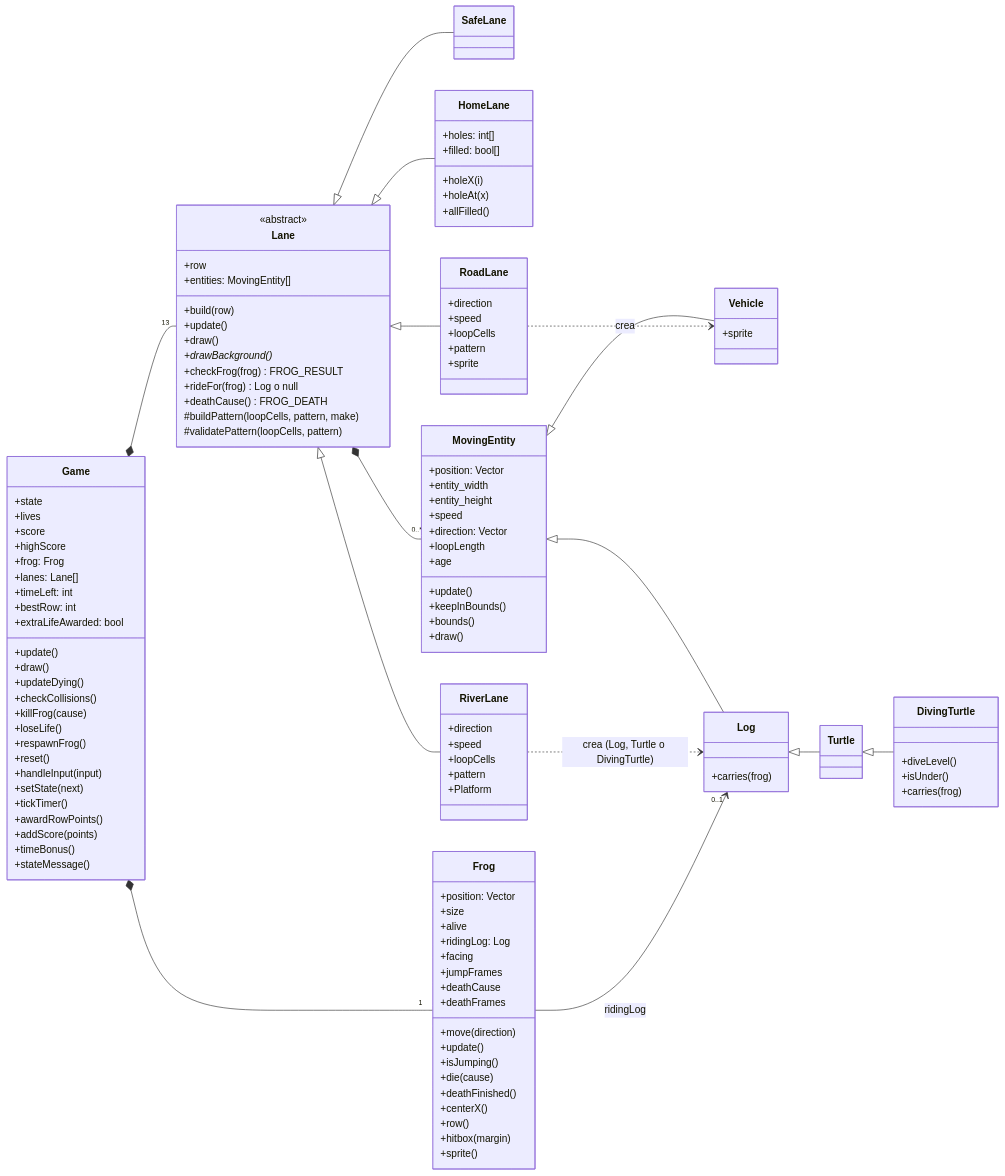
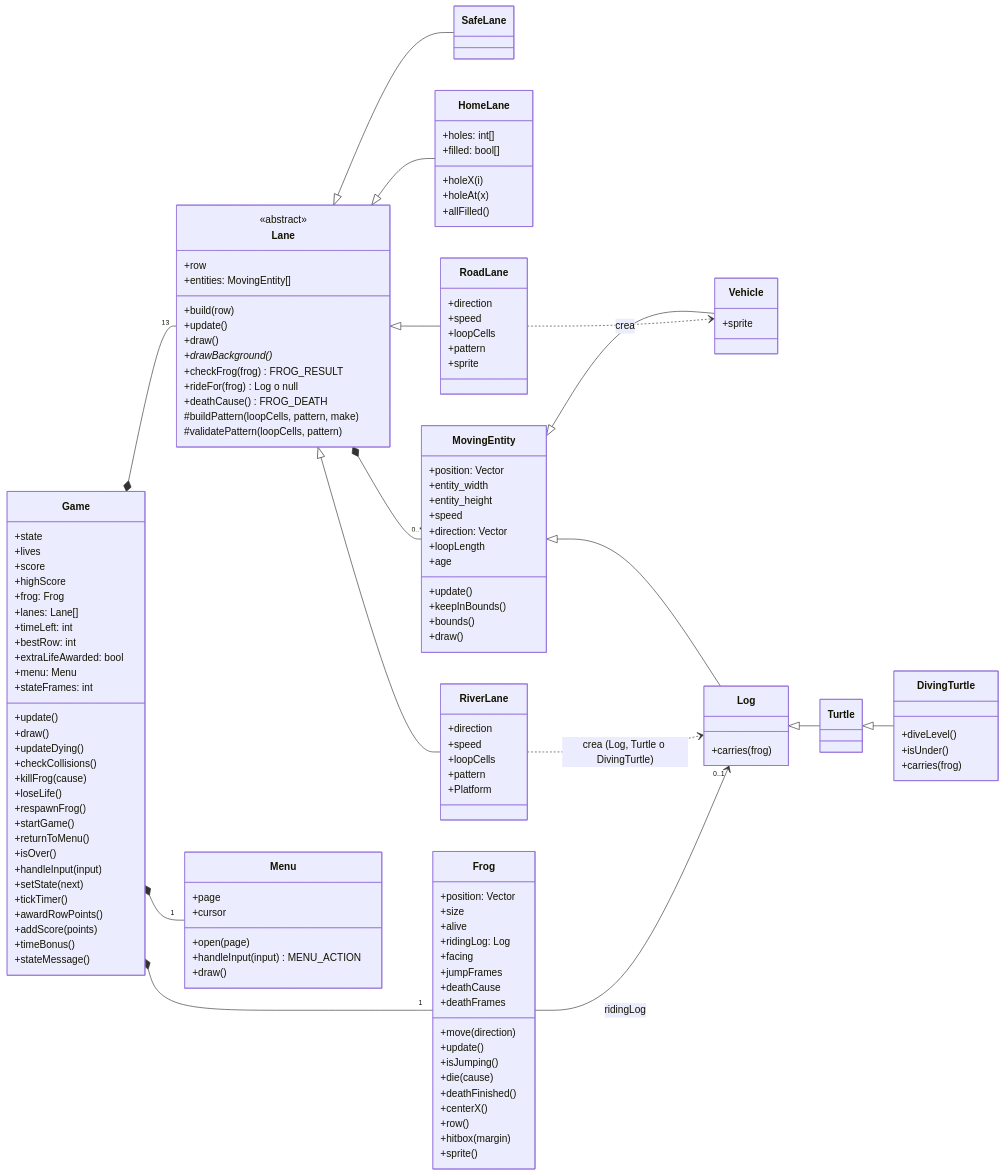
One commit to ShryhakAkizuki/Frogger-Visual_Computing_2026-II changed the first of 3 diagrams in docs/ARQUITECTURA.md. Above: the diagram before and after it, drawn with Mermaid. The commit also changed other lines of this file and 10 other files, not shown here.

```diff
--- a/docs/ARQUITECTURA.md
+++ b/docs/ARQUITECTURA.md
@@ -145,6 +148,8 @@
         +timeLeft: int
         +bestRow: int
         +extraLifeAwarded: bool
+        +menu: Menu
+        +stateFrames: int
         +update()
         +draw()
         +updateDying()
@@ -152,7 +157,9 @@
         +killFrog(cause)
         +loseLife()
         +respawnFrog()
-        +reset()
+        +startGame()
+        +returnToMenu()
+        +isOver()
         +handleInput(input)
         +setState(next)
         +tickTimer()
@@ -245,6 +252,15 @@
         +sprite()
     }
 
+    class Menu {
+        +page
+        +cursor
+        +open(page)
+        +handleInput(input) MENU_ACTION
+        +draw()
+    }
+
+    Game *-- "1" Menu
     Game *-- "13" Lane
     Game *-- "1" Frog
     Lane <|-- SafeLane
```
